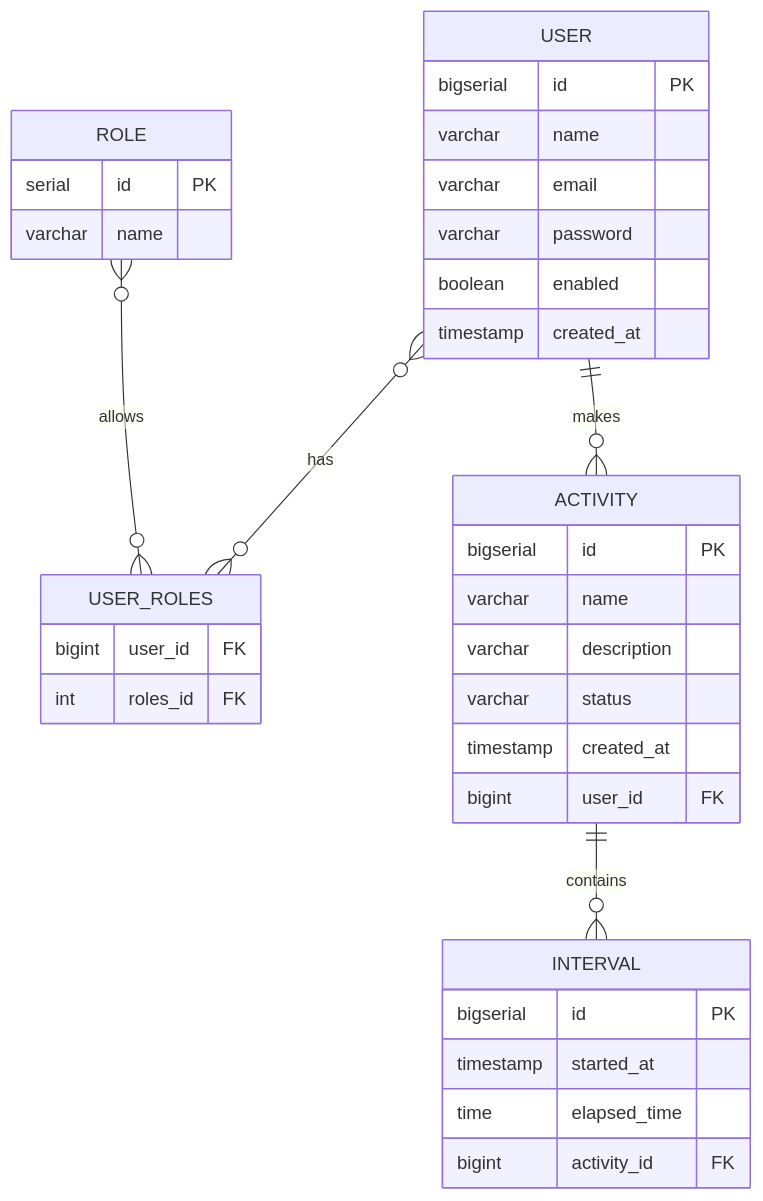
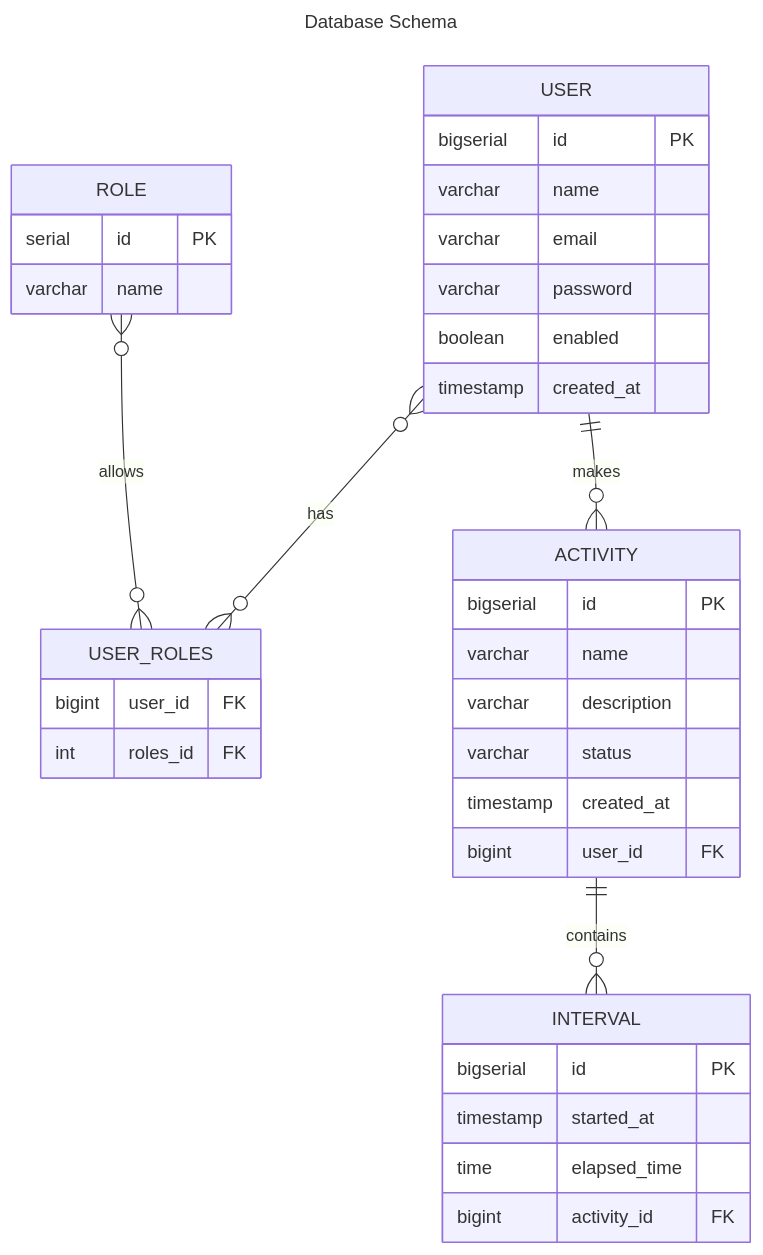
The first of 2 diagrams in README.md (Edson-Mendes/time-manager-api), drawn with Mermaid before and after one commit. The commit also changed other lines of this file, not shown here.

Commit message:
docs: add diagrama de classes da camada de negócio

````diff
--- a/README.md
+++ b/README.md
@@ -141,38 +141,41 @@
 ```mermaid
+---
+    title: Database Schema
+---
     erDiagram
         USER {
             bigserial id PK
             varchar name
             varchar email
             varchar password
             boolean enabled
             timestamp created_at
         }
         ROLE {
             serial id PK
             varchar name
         }
         USER_ROLES {
             bigint user_id FK
             int roles_id FK
         }
         ACTIVITY {
             bigserial id PK
             varchar name
             varchar description
             varchar status
             timestamp created_at
             bigint user_id FK
         }
         INTERVAL {
             bigserial id PK
             timestamp started_at
             time elapsed_time
             bigint activity_id FK
         }
         
         USER }o--o{ USER_ROLES : has
         ROLE }o--o{ USER_ROLES : allows
         ACTIVITY ||--o{ INTERVAL : contains
         USER ||--o{ ACTIVITY : makes
 ```
````
